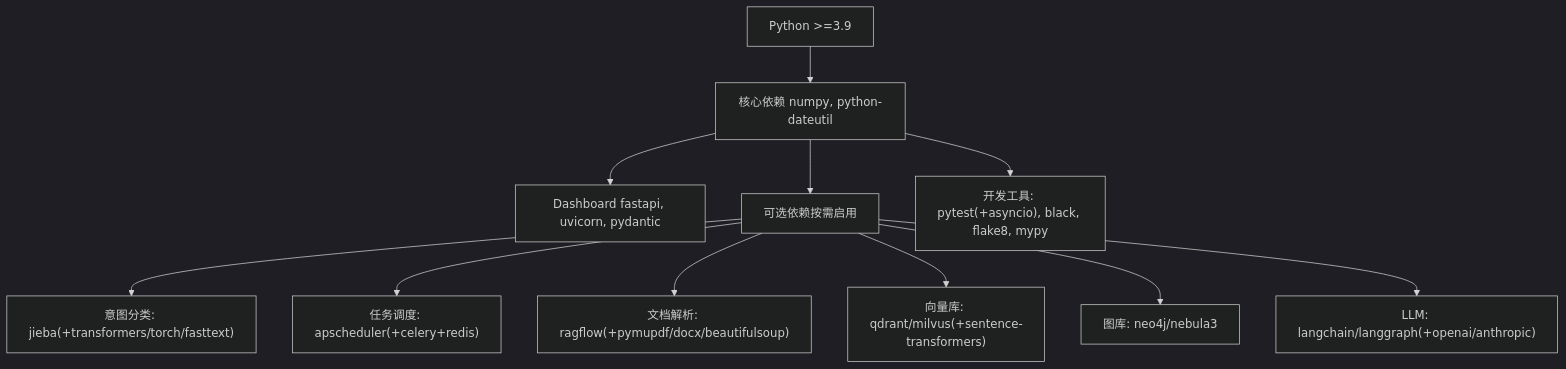
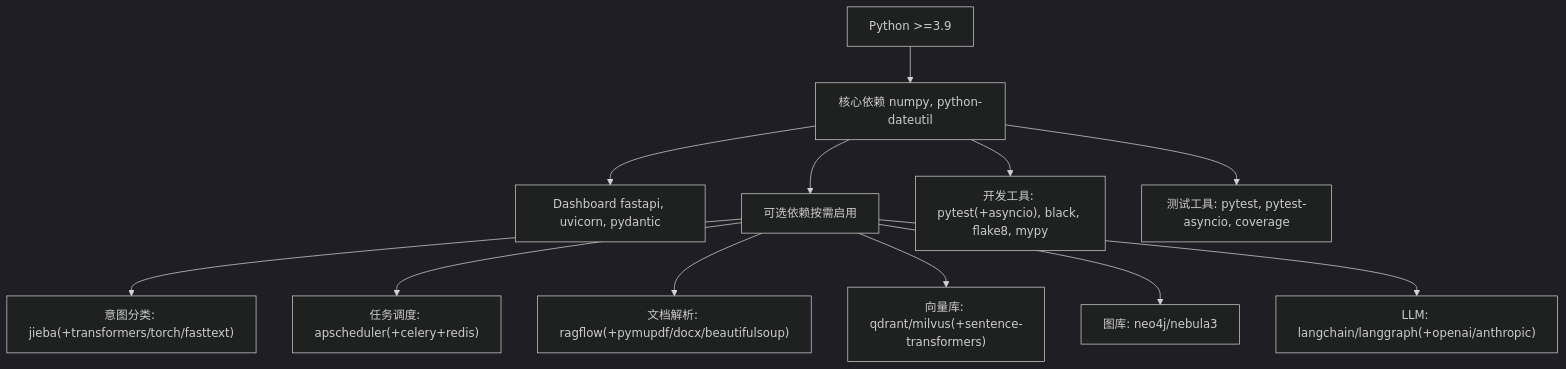
One commit to JieGaoPrinceton/NecoRAG changed the eighth of 8 diagrams in .qoder/repowiki/zh/content/开发与测试.md. Above: the diagram before and after it, drawn with Mermaid (dark theme). The commit also changed other lines of this file and 12 other files, not shown here.

````diff
--- a/.qoder/repowiki/zh/content/开发与测试.md
+++ b/.qoder/repowiki/zh/content/开发与测试.md
@@ -404,13 +557,14 @@
 ```mermaid
 graph TB
 P["Python >=3.9"] --> Core["核心依赖 numpy, python-dateutil"]
 Core --> Dash["Dashboard fastapi, uvicorn, pydantic"]
 Core --> Optional["可选依赖按需启用"]
 Optional --> Intent["意图分类: jieba(+transformers/torch/fasttext)"]
 Optional --> Sched["任务调度: apscheduler(+celery+redis)"]
 Optional --> Parse["文档解析: ragflow(+pymupdf/docx/beautifulsoup)"]
 Optional --> VDB["向量库: qdrant/milvus(+sentence-transformers)"]
 Optional --> GDB["图库: neo4j/nebula3"]
 Optional --> LLM["LLM: langchain/langgraph(+openai/anthropic)"]
 Core --> Dev["开发工具: pytest(+asyncio), black, flake8, mypy"]
+Core --> Tests["测试工具: pytest, pytest-asyncio, coverage"]
 ```
````
